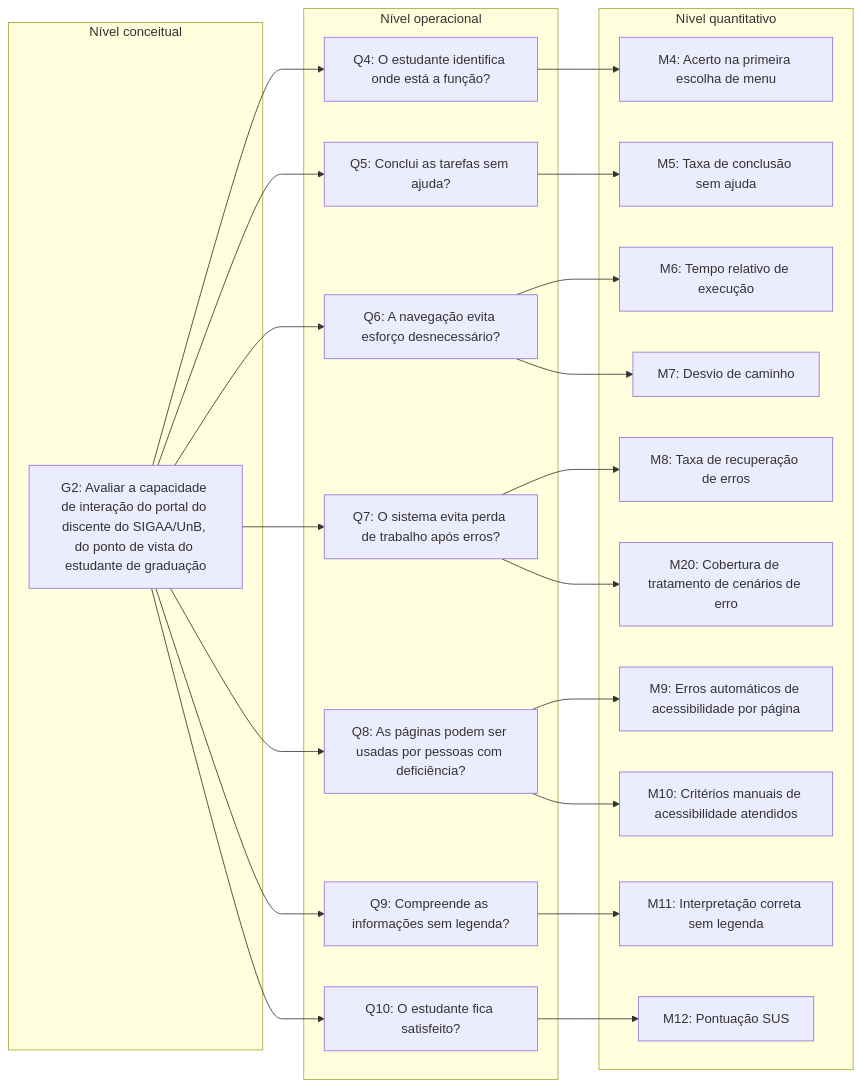
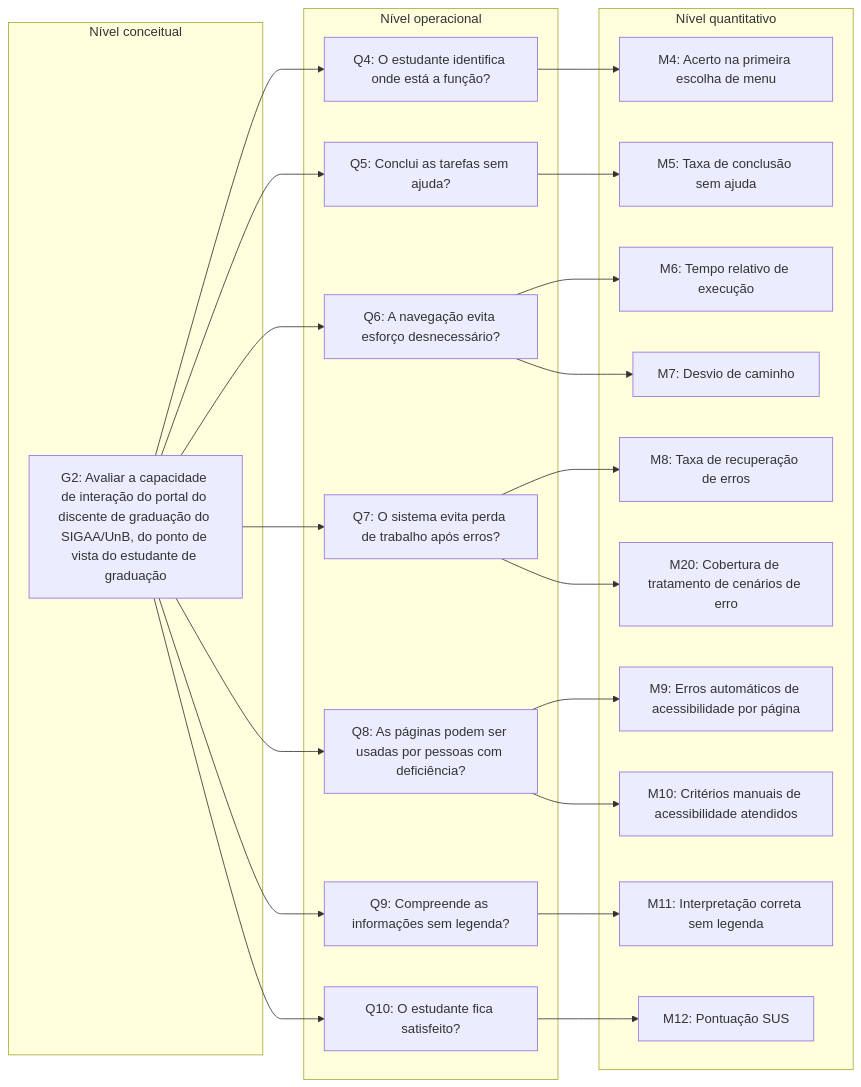
Before and after one commit to FCTE-Qualidade-de-Software-1/2026-2_T02_ADELE_GOLDSTINE: the third of 4 diagrams in docs/fase-2/grafico-gqm.md, drawn with Mermaid. The commit also changed other lines of this file and 1 other file, not shown here.

````diff
--- a/docs/fase-2/grafico-gqm.md
+++ b/docs/fase-2/grafico-gqm.md
@@ -94,35 +94,35 @@
 ```mermaid
 flowchart LR
     subgraph C["Nível conceitual"]
-        G2["G2: Avaliar a capacidade de interação do portal do discente do SIGAA/UnB, do ponto de vista do estudante de graduação"]
+        G2["G2: Avaliar a capacidade de interação do portal do discente de graduação do SIGAA/UnB, do ponto de vista do estudante de graduação"]
     end
     subgraph O["Nível operacional"]
         Q4["Q4: O estudante identifica onde está a função?"]
         Q5["Q5: Conclui as tarefas sem ajuda?"]
         Q6["Q6: A navegação evita esforço desnecessário?"]
         Q7["Q7: O sistema evita perda de trabalho após erros?"]
         Q8["Q8: As páginas podem ser usadas por pessoas com deficiência?"]
         Q9["Q9: Compreende as informações sem legenda?"]
         Q10["Q10: O estudante fica satisfeito?"]
     end
     subgraph Qt["Nível quantitativo"]
         M4["M4: Acerto na primeira escolha de menu"]
         M5["M5: Taxa de conclusão sem ajuda"]
         M6["M6: Tempo relativo de execução"]
         M7["M7: Desvio de caminho"]
         M8["M8: Taxa de recuperação de erros"]
         M9["M9: Erros automáticos de acessibilidade por página"]
         M10["M10: Critérios manuais de acessibilidade atendidos"]
         M11["M11: Interpretação correta sem legenda"]
         M12["M12: Pontuação SUS"]
         M20["M20: Cobertura de tratamento de cenários de erro"]
     end
     G2 --> Q4 & Q5 & Q6 & Q7 & Q8 & Q9 & Q10
     Q4 --> M4
     Q5 --> M5
     Q6 --> M6 & M7
     Q7 --> M8 & M20
     Q8 --> M9 & M10
     Q9 --> M11
     Q10 --> M12
 ```
````
